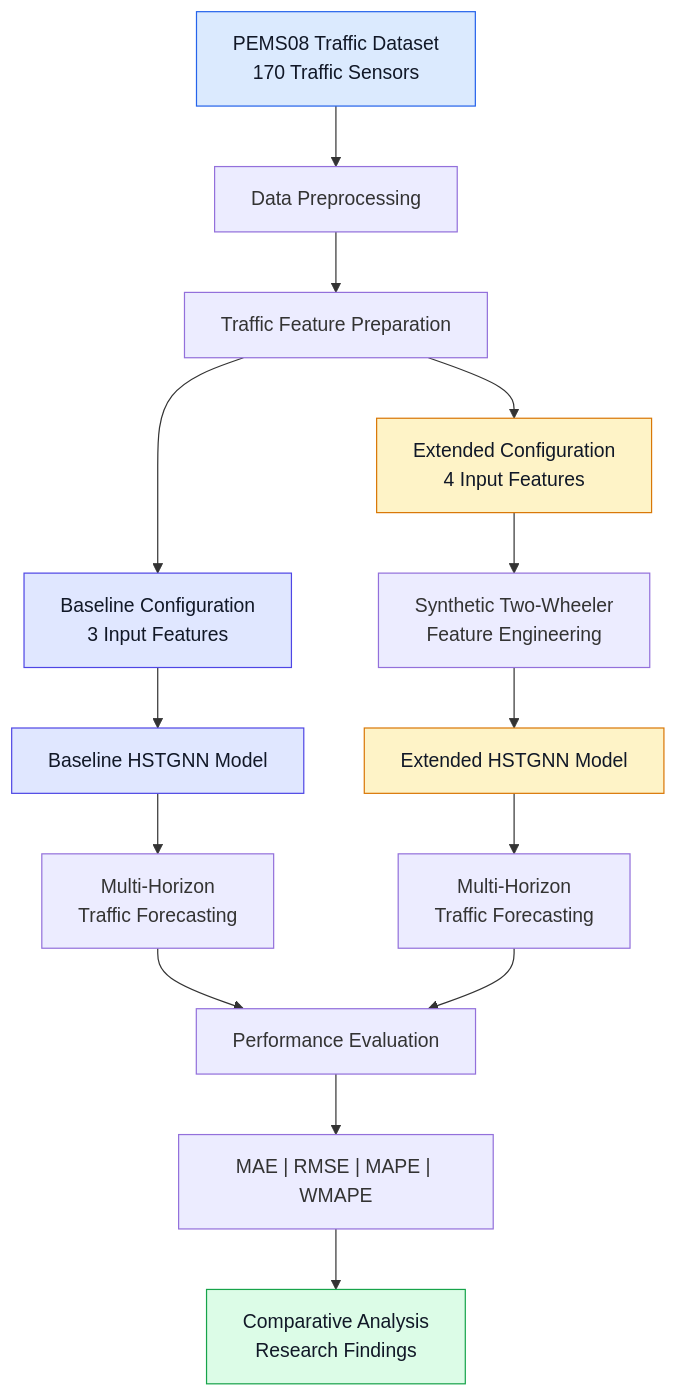
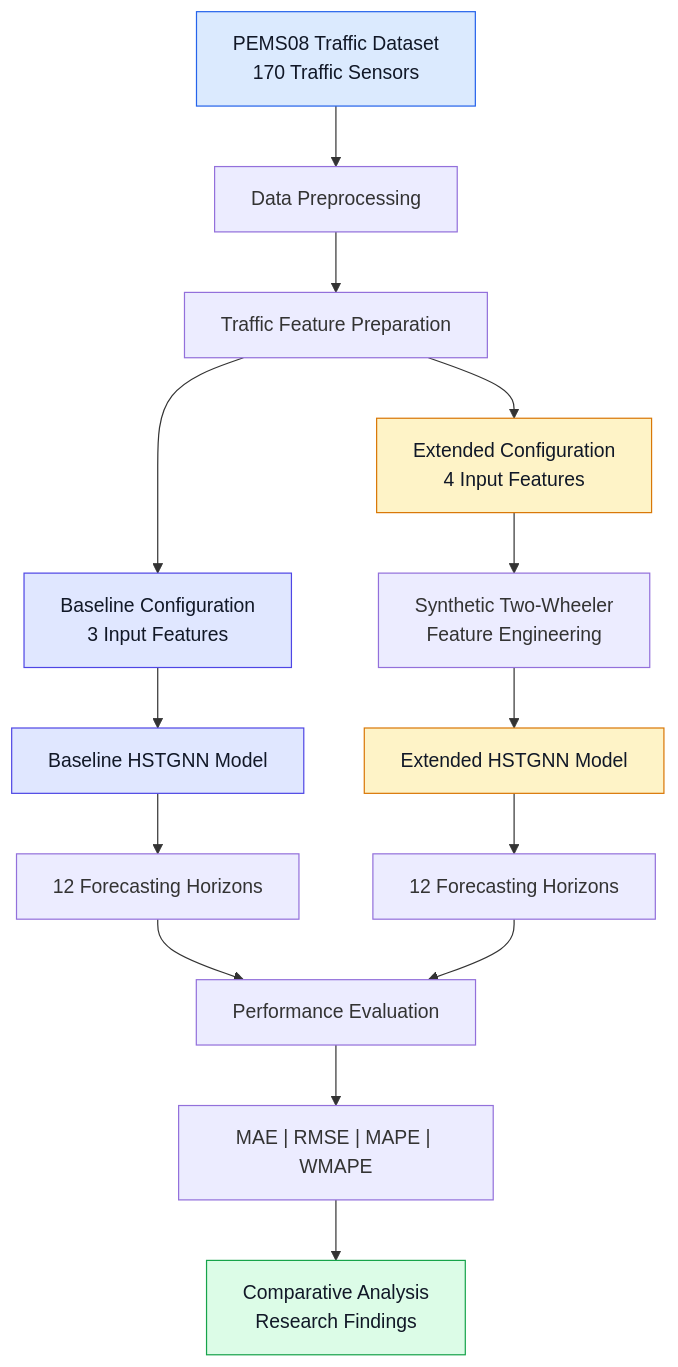
One commit to janani2075-ui/Heterogeneous-Traffic-Forecasting-Two-Wheeler-Prediction-HSTGNN changed the first of 2 diagrams in README.md. Above: the diagram before and after it, drawn with Mermaid. The commit also changed other lines of this file, not shown here.

````diff
--- a/README.md
+++ b/README.md
@@ -56,30 +78,30 @@
 ```mermaid
 flowchart TD
     A["PEMS08 Traffic Dataset<br/>170 Traffic Sensors"] --> B["Data Preprocessing"]
 
     B --> C["Traffic Feature Preparation"]
 
     C --> D["Baseline Configuration<br/>3 Input Features"]
     C --> E["Extended Configuration<br/>4 Input Features"]
 
     E --> F["Synthetic Two-Wheeler<br/>Feature Engineering"]
 
     D --> G["Baseline HSTGNN Model"]
     F --> H["Extended HSTGNN Model"]
 
-    G --> I["Multi-Horizon<br/>Traffic Forecasting"]
-    H --> J["Multi-Horizon<br/>Traffic Forecasting"]
+    G --> I["12 Forecasting Horizons"]
+    H --> J["12 Forecasting Horizons"]
 
     I --> K["Performance Evaluation"]
     J --> K
 
     K --> L["MAE | RMSE | MAPE | WMAPE"]
     L --> M["Comparative Analysis<br/>Research Findings"]
 
     style A fill:#dbeafe,stroke:#2563eb,color:#111827
     style D fill:#e0e7ff,stroke:#4f46e5,color:#111827
     style E fill:#fef3c7,stroke:#d97706,color:#111827
     style G fill:#e0e7ff,stroke:#4f46e5,color:#111827
     style H fill:#fef3c7,stroke:#d97706,color:#111827
     style M fill:#dcfce7,stroke:#16a34a,color:#111827
 ```
````
